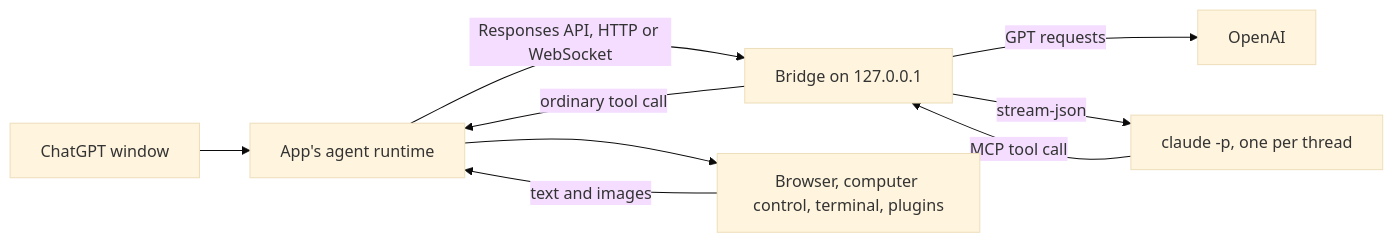
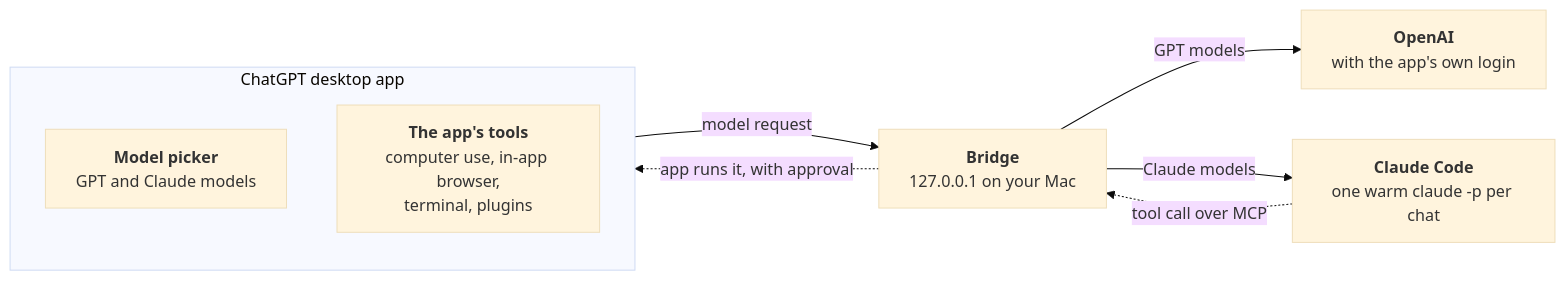
One commit to wuchris-ch/claude-for-chatgpt-desktop changed the diagram in README.md. Above: the diagram before and after it, drawn with Mermaid (base theme).

Commit message:
README: simpler How it works diagram

````diff
--- a/README.md
+++ b/README.md
@@ -118,11 +118,16 @@
 ```mermaid
 flowchart LR
-    UI[ChatGPT window] --> Runtime[App's agent runtime]
-    Runtime -->|Responses API, HTTP or WebSocket| Bridge[Bridge on 127.0.0.1]
-    Bridge -->|GPT requests| OpenAI[OpenAI]
-    Bridge -->|stream-json| Claude[claude -p, one per thread]
-    Claude -->|MCP tool call| Bridge
-    Bridge -->|ordinary tool call| Runtime
-    Runtime --> Tools[Browser, computer control, terminal, plugins]
-    Tools -->|text and images| Runtime
+    subgraph app["ChatGPT desktop app"]
+        direction TB
+        Picker["<b>Model picker</b><br/>GPT and Claude models"]
+        Tools["<b>The app's tools</b><br/>computer use, in-app browser,<br/>terminal, plugins"]
+    end
+    Bridge["<b>Bridge</b><br/>127.0.0.1 on your Mac"]
+    OpenAI["<b>OpenAI</b><br/>with the app's own login"]
+    Claude["<b>Claude Code</b><br/>one warm claude -p per chat"]
+    Picker -->|"model request"| Bridge
+    Bridge -->|"GPT models"| OpenAI
+    Bridge -->|"Claude models"| Claude
+    Claude -.->|"tool call over MCP"| Bridge
+    Bridge -.->|"app runs it, with approval"| Tools
 ```
````
